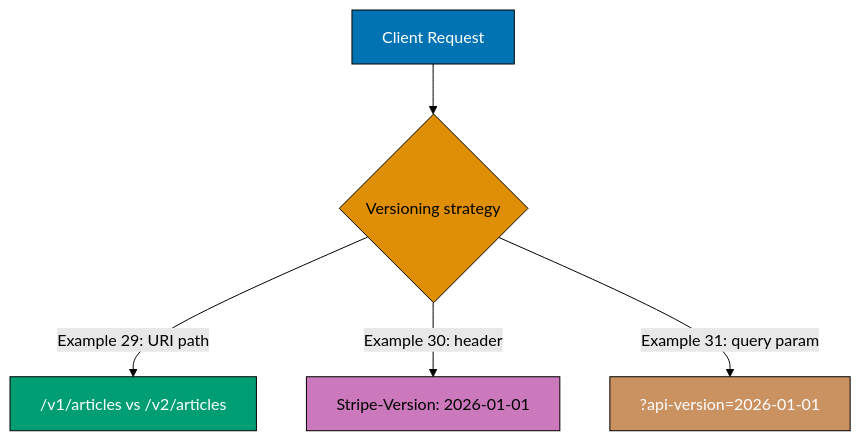
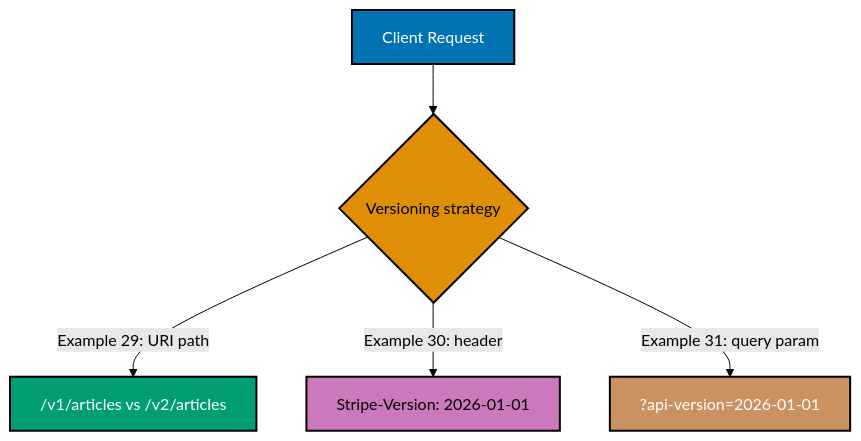
The first of 8 diagrams in apps/ayokoding-www/content/en/learn/courses/api-design/learning/intermediate.md (wahidyankf/open-sharia-fintech), drawn with Mermaid (forest theme) before and after one commit. The commit also changed other lines of this file and 6 other files, not shown here.

````diff
--- a/apps/ayokoding-www/content/en/learn/courses/api-design/learning/intermediate.md
+++ b/apps/ayokoding-www/content/en/learn/courses/api-design/learning/intermediate.md
@@ -30,14 +30,19 @@
 ```mermaid
 %% Color Palette: Blue #0173B2, Orange #DE8F05, Teal #029E73, Purple #CC78BC, Brown #CA9161
 graph TD
     A[Client Request] --> B{Versioning strategy}
     B -->|Example 29: URI path| C["/v1/articles vs /v2/articles"]
     B -->|Example 30: header| D["Stripe-Version: 2026-01-01"]
     B -->|Example 31: query param| E["?api-version=2026-01-01"]
 
-    style A fill:#0173B2,stroke:#000,color:#fff
-    style B fill:#DE8F05,stroke:#000,color:#000
-    style C fill:#029E73,stroke:#000,color:#fff
-    style D fill:#CC78BC,stroke:#000,color:#000
-    style E fill:#CA9161,stroke:#000,color:#fff
+    classDef blue fill:#0173B2,stroke:#000000,color:#FFFFFF,stroke-width:2px
+    classDef orange fill:#DE8F05,stroke:#000000,color:#000000,stroke-width:2px
+    classDef teal fill:#029E73,stroke:#000000,color:#FFFFFF,stroke-width:2px
+    classDef purple fill:#CC78BC,stroke:#000000,color:#000000,stroke-width:2px
+    classDef brown fill:#CA9161,stroke:#000000,color:#FFFFFF,stroke-width:2px
+    class A blue
+    class B orange
+    class C teal
+    class D purple
+    class E brown
 ```
````
